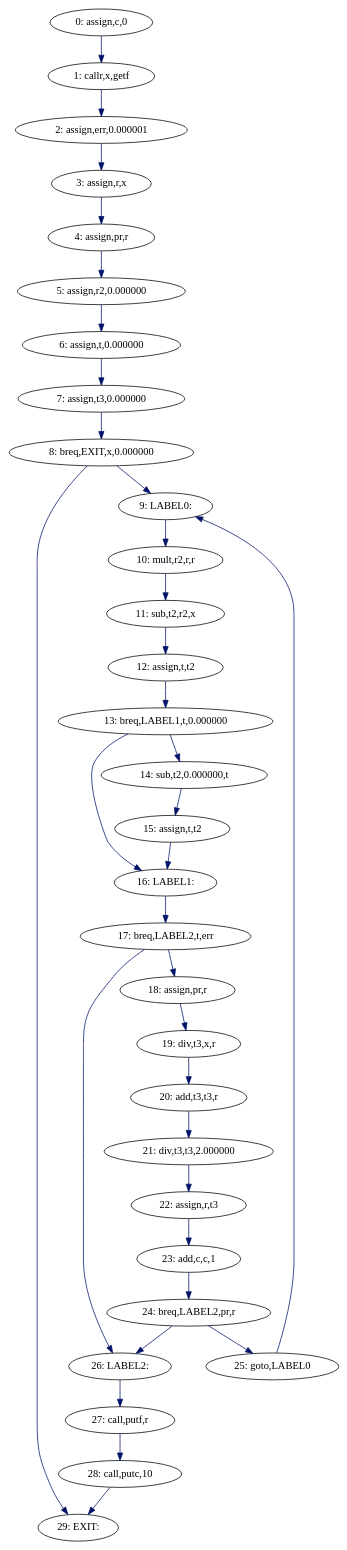
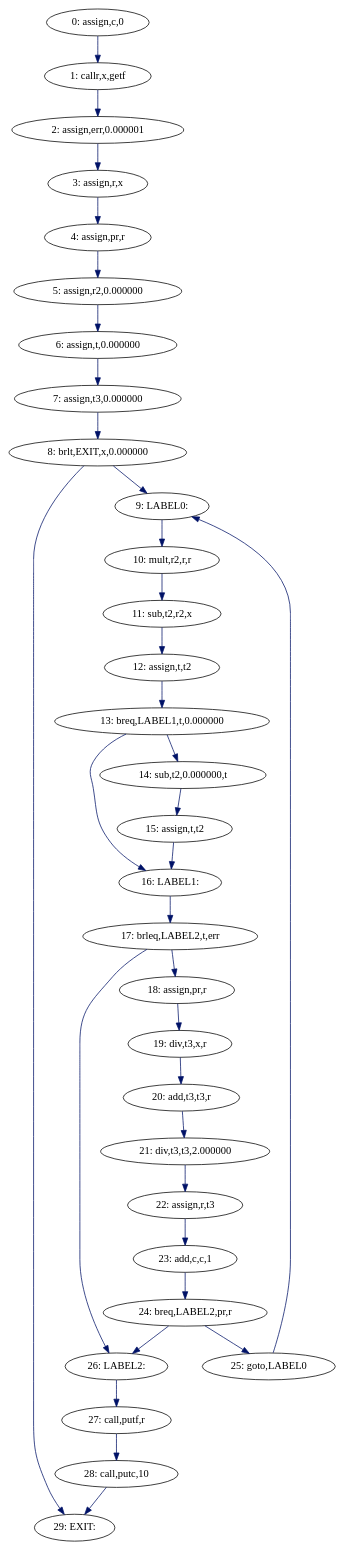
Before and after one commit to Peter-Feng-32/Tiger-IR-Middle-End: the diagram in og.dot, drawn with Graphviz. The commit also changed 3 other files, not shown here.

```diff
--- a/og.dot
+++ b/og.dot
@@ -1,73 +1,73 @@
 digraph G {
   "29: EXIT:";
   "9: LABEL0:";
   "16: LABEL1:";
   "26: LABEL2:";
   "0: assign,c,0";
   "2: assign,err,0.000001";
   "4: assign,pr,r";
   "18: assign,pr,r";
   "22: assign,r,t3";
   "3: assign,r,x";
   "5: assign,r2,0.000000";
   "6: assign,t,0.000000";
   "12: assign,t,t2";
   "15: assign,t,t2";
   "7: assign,t3,0.000000";
   "23: add,c,c,1";
   "20: add,t3,t3,r";
   "14: sub,t2,0.000000,t";
   "11: sub,t2,r2,x";
   "10: mult,r2,r,r";
   "21: div,t3,t3,2.000000";
   "19: div,t3,x,r";
   "25: goto,LABEL0";
-  "8: breq,EXIT,x,0.000000";
+  "24: breq,LABEL2,pr,r";
+  "8: brlt,EXIT,x,0.000000";
   "13: breq,LABEL1,t,0.000000";
-  "24: breq,LABEL2,pr,r";
-  "17: breq,LABEL2,t,err";
+  "17: brleq,LABEL2,t,err";
   "28: call,putc,10";
   "27: call,putf,r";
   "1: callr,x,getf";
   
   
   "9: LABEL0:" -> "10: mult,r2,r,r" [color="#001267", label="", ];
-  "16: LABEL1:" -> "17: breq,LABEL2,t,err" [color="#001267", label="", ];
+  "16: LABEL1:" -> "17: brleq,LABEL2,t,err" [color="#001267", label="", ];
   "26: LABEL2:" -> "27: call,putf,r" [color="#001267", label="", ];
   "0: assign,c,0" -> "1: callr,x,getf" [color="#001267", label="", ];
   "2: assign,err,0.000001" -> "3: assign,r,x" [color="#001267", label="", ];
   "4: assign,pr,r" -> "5: assign,r2,0.000000" [color="#001267", label="", ];
   "18: assign,pr,r" -> "19: div,t3,x,r" [color="#001267", label="", ];
   "22: assign,r,t3" -> "23: add,c,c,1" [color="#001267", label="", ];
   "3: assign,r,x" -> "4: assign,pr,r" [color="#001267", label="", ];
   "5: assign,r2,0.000000" -> "6: assign,t,0.000000" [color="#001267",
                                                      label="", ];
   "6: assign,t,0.000000" -> "7: assign,t3,0.000000" [color="#001267",
                                                      label="", ];
   "12: assign,t,t2" -> "13: breq,LABEL1,t,0.000000" [color="#001267",
                                                      label="", ];
   "15: assign,t,t2" -> "16: LABEL1:" [color="#001267", label="", ];
-  "7: assign,t3,0.000000" -> "8: breq,EXIT,x,0.000000" [color="#001267",
+  "7: assign,t3,0.000000" -> "8: brlt,EXIT,x,0.000000" [color="#001267",
                                                         label="", ];
   "23: add,c,c,1" -> "24: breq,LABEL2,pr,r" [color="#001267", label="", ];
   "20: add,t3,t3,r" -> "21: div,t3,t3,2.000000" [color="#001267", label="", ];
   "14: sub,t2,0.000000,t" -> "15: assign,t,t2" [color="#001267", label="", ];
   "11: sub,t2,r2,x" -> "12: assign,t,t2" [color="#001267", label="", ];
   "10: mult,r2,r,r" -> "11: sub,t2,r2,x" [color="#001267", label="", ];
   "21: div,t3,t3,2.000000" -> "22: assign,r,t3" [color="#001267", label="", ];
   "19: div,t3,x,r" -> "20: add,t3,t3,r" [color="#001267", label="", ];
   "25: goto,LABEL0" -> "9: LABEL0:" [color="#001267", label="", ];
-  "8: breq,EXIT,x,0.000000" -> "29: EXIT:" [color="#001267", label="", ];
-  "8: breq,EXIT,x,0.000000" -> "9: LABEL0:" [color="#001267", label="", ];
+  "24: breq,LABEL2,pr,r" -> "26: LABEL2:" [color="#001267", label="", ];
+  "24: breq,LABEL2,pr,r" -> "25: goto,LABEL0" [color="#001267", label="", ];
+  "8: brlt,EXIT,x,0.000000" -> "29: EXIT:" [color="#001267", label="", ];
+  "8: brlt,EXIT,x,0.000000" -> "9: LABEL0:" [color="#001267", label="", ];
   "13: breq,LABEL1,t,0.000000" -> "16: LABEL1:" [color="#001267", label="", ];
   "13: breq,LABEL1,t,0.000000" -> "14: sub,t2,0.000000,t" [color="#001267",
                                                            label="", ];
-  "24: breq,LABEL2,pr,r" -> "26: LABEL2:" [color="#001267", label="", ];
-  "24: breq,LABEL2,pr,r" -> "25: goto,LABEL0" [color="#001267", label="", ];
-  "17: breq,LABEL2,t,err" -> "26: LABEL2:" [color="#001267", label="", ];
-  "17: breq,LABEL2,t,err" -> "18: assign,pr,r" [color="#001267", label="", ];
+  "17: brleq,LABEL2,t,err" -> "26: LABEL2:" [color="#001267", label="", ];
+  "17: brleq,LABEL2,t,err" -> "18: assign,pr,r" [color="#001267", label="", ];
   "28: call,putc,10" -> "29: EXIT:" [color="#001267", label="", ];
   "27: call,putf,r" -> "28: call,putc,10" [color="#001267", label="", ];
   "1: callr,x,getf" -> "2: assign,err,0.000001" [color="#001267", label="", ];
   
   }
```
